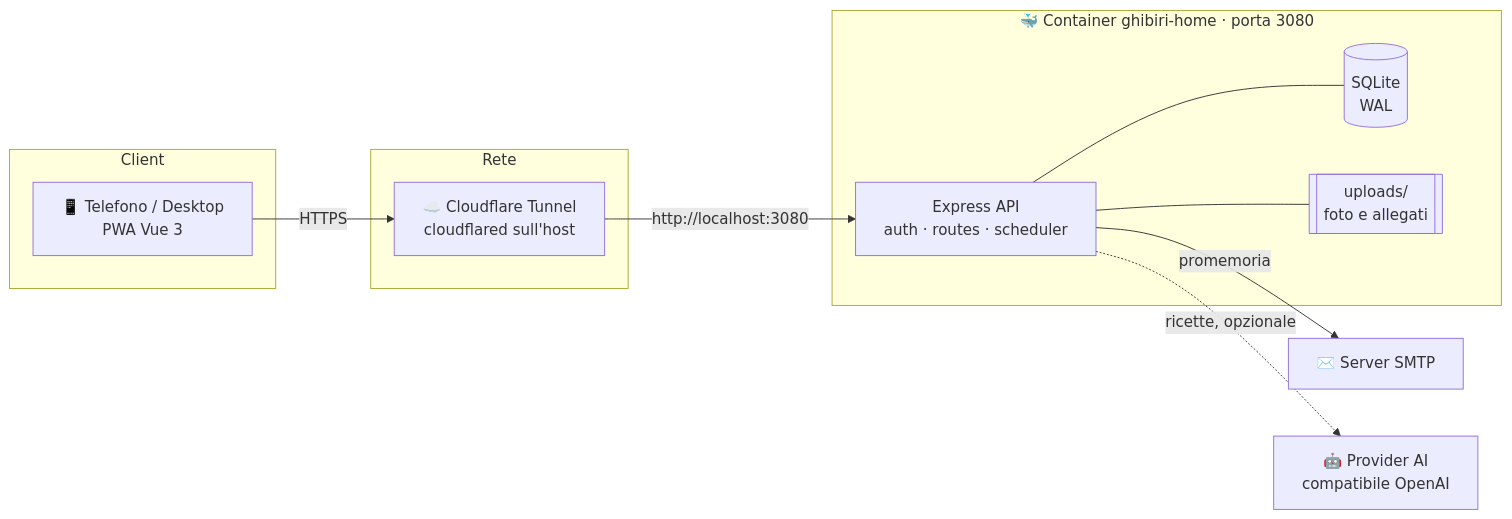
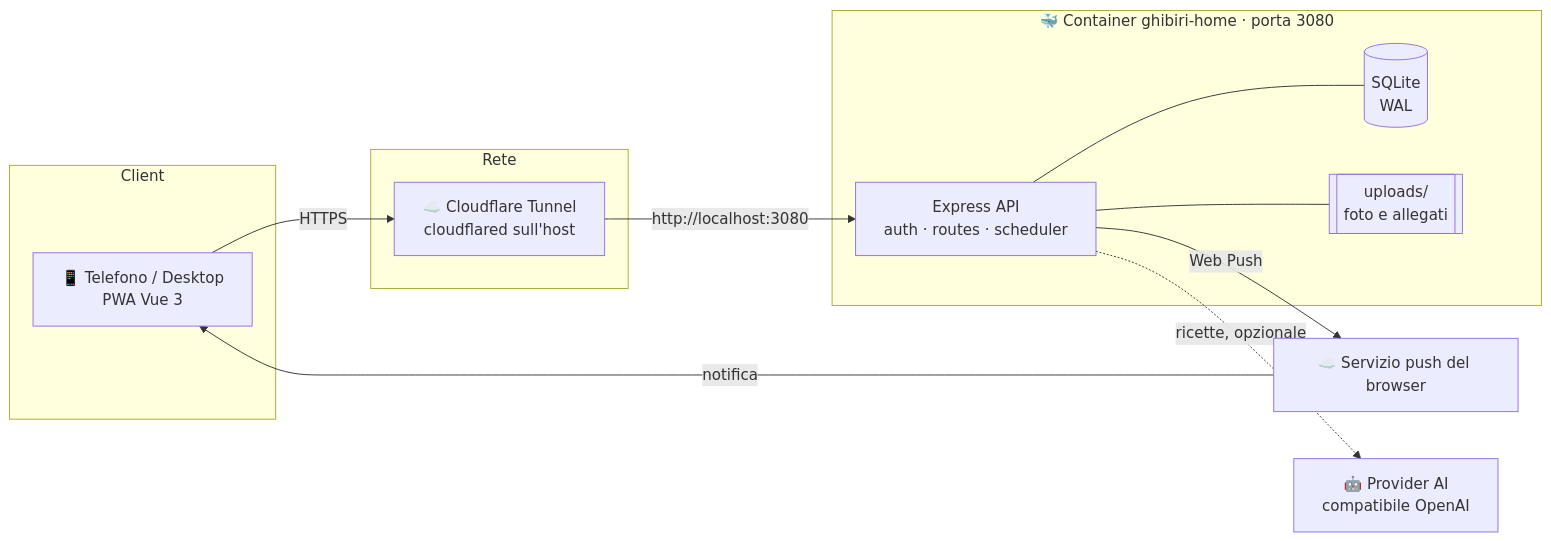
One commit to GabriPy/dashboard-casa changed the first of 2 diagrams in README.md. Above: the diagram before and after it, drawn with Mermaid. The commit also changed other lines of this file and 23 other files, not shown here.

````diff
--- a/README.md
+++ b/README.md
@@ -95,25 +95,26 @@
 ```mermaid
 flowchart LR
     subgraph Client
         P["📱 Telefono / Desktop<br/>PWA Vue 3"]
     end
 
     subgraph Rete
         CF["☁️ Cloudflare Tunnel<br/>cloudflared sull'host"]
     end
 
     subgraph Container["🐳 Container ghibiri-home · porta 3080"]
         API["Express API<br/>auth · routes · scheduler"]
         DB[("SQLite<br/>WAL")]
         UP[["uploads/<br/>foto e allegati"]]
     end
 
-    SMTP["✉️ Server SMTP"]
+    Push["☁️ Servizio push del browser"]
     AI["🤖 Provider AI<br/>compatibile OpenAI"]
 
     P -->|HTTPS| CF -->|http://localhost:3080| API
     API --- DB
     API --- UP
-    API -->|promemoria| SMTP
+    API -->|Web Push| Push
+    Push -->|notifica| P
     API -.->|ricette, opzionale| AI
 ```
````
